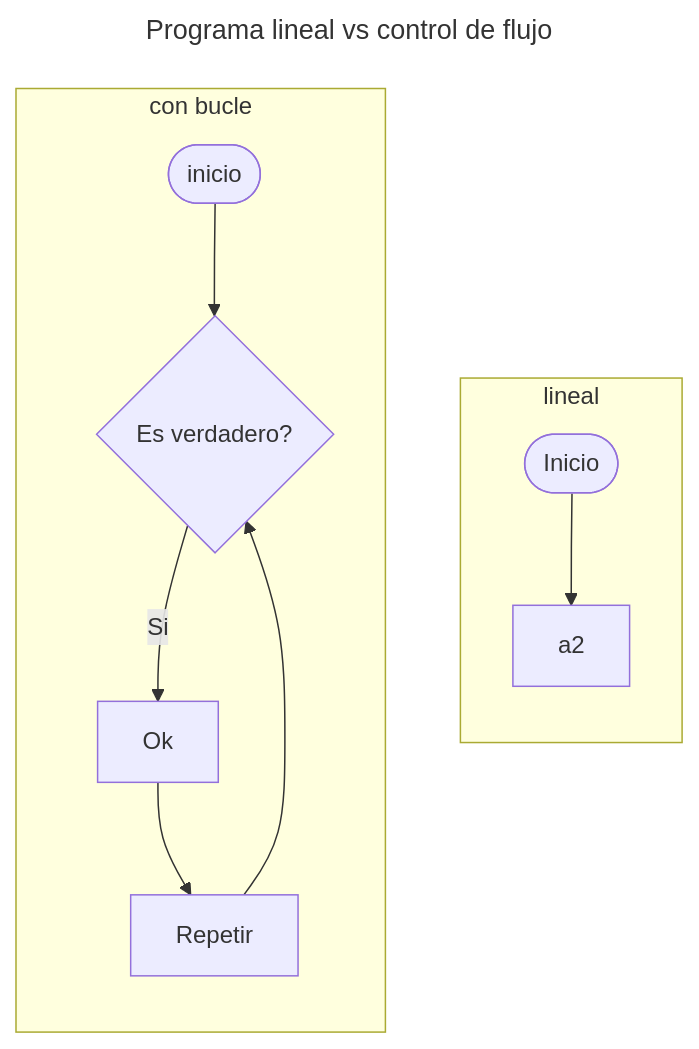
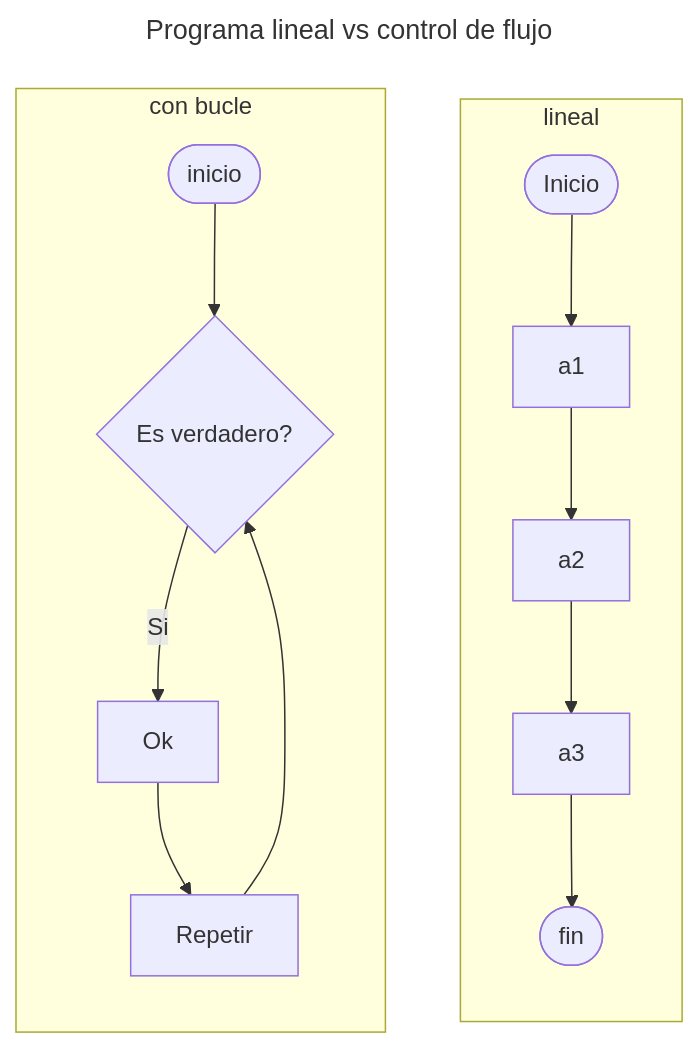
Before and after one commit to EniDev911/python-book: the diagram in _posts/2024-01-07-bucles.markdown, drawn with Mermaid. The commit also changed other lines of this file and 1 other file, not shown here.

````diff
--- a/_posts/2024-01-07-bucles.markdown
+++ b/_posts/2024-01-07-bucles.markdown
@@ -12,18 +12,22 @@
 ```mermaid
 ---
 title: Programa lineal vs control de flujo
 ---
 flowchart TB
     subgraph lineal
     	direction TB
-    	a1([Inicio])-->a2
+    	inicio([Inicio])
+      -->a1[a1]
+      a1 --> a2[a2]
+      a2 --> a3[a3]
+      a3 --> fin([fin])
     end
     subgraph "con bucle"
     	direction TB
     	b1([inicio])
     	-->b2{Es verdadero?}
     	b2 --> |Si| c2[Ok]
     	c2 --> d2[Repetir]
     	d2 --> b2
     end
 ```
````
